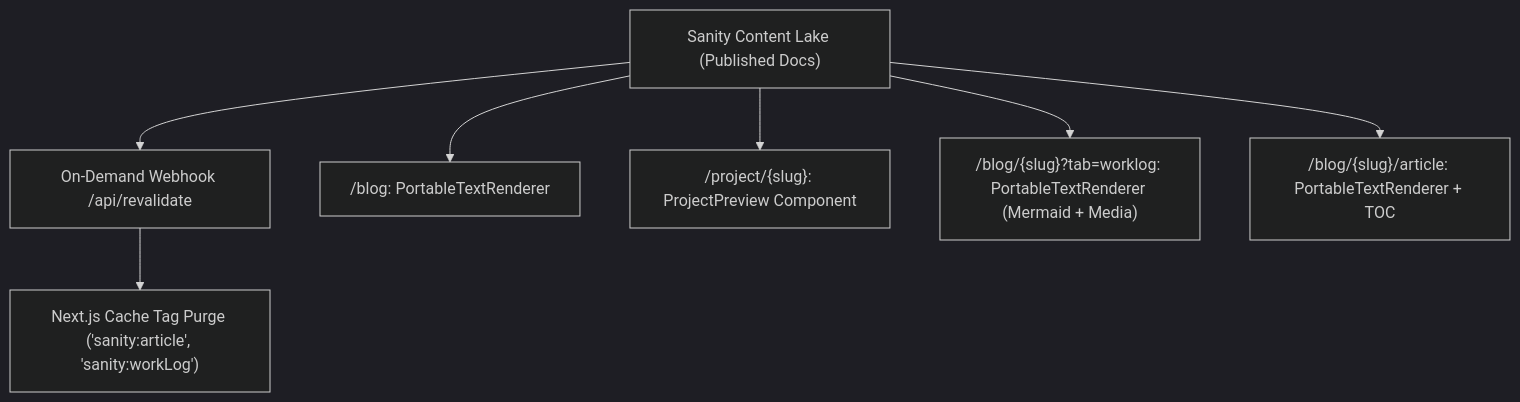
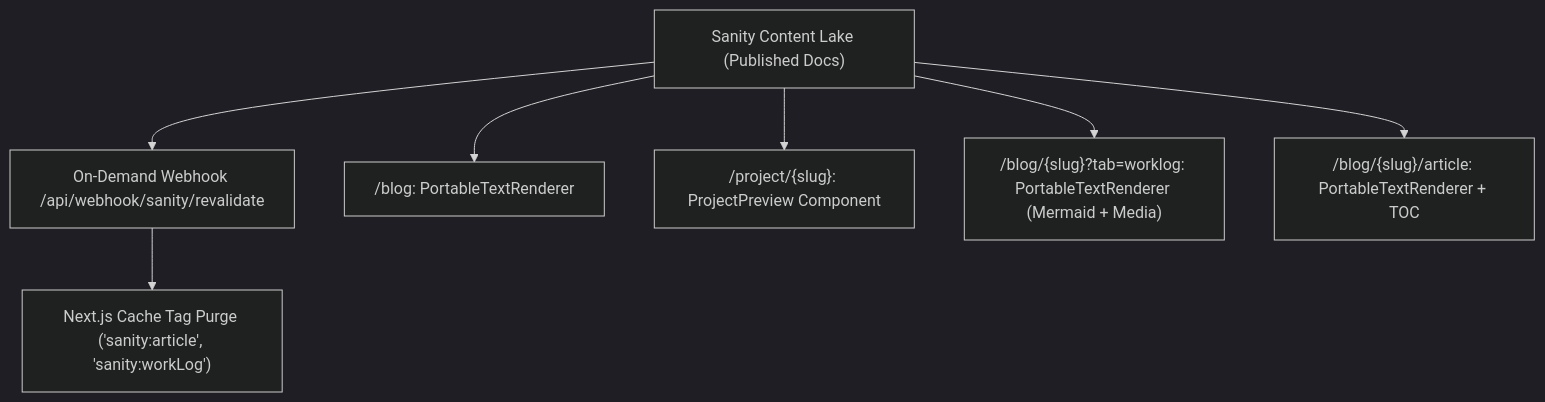
The diagram in documentation/markdown_and_portable_text_architecture.md (BenjiBenji20/portfolio), drawn with Mermaid (dark theme) before and after one commit. The commit also changed 4 other files, not shown here.

````diff
--- a/documentation/markdown_and_portable_text_architecture.md
+++ b/documentation/markdown_and_portable_text_architecture.md
@@ -21,9 +21,9 @@
 ```mermaid
 graph TD
-    A["Sanity Content Lake (Published Docs)"] --> B["On-Demand Webhook /api/revalidate"]
+    A["Sanity Content Lake (Published Docs)"] --> B["On-Demand Webhook /api/webhook/sanity/revalidate"]
     B --> C["Next.js Cache Tag Purge ('sanity:article', 'sanity:workLog')"]
     A --> D["/blog: PortableTextRenderer"]
     A --> E["/project/{slug}: ProjectPreview Component"]
     A --> F["/blog/{slug}?tab=worklog: PortableTextRenderer (Mermaid + Media)"]
     A --> G["/blog/{slug}/article: PortableTextRenderer + TOC"]
 ```
````
